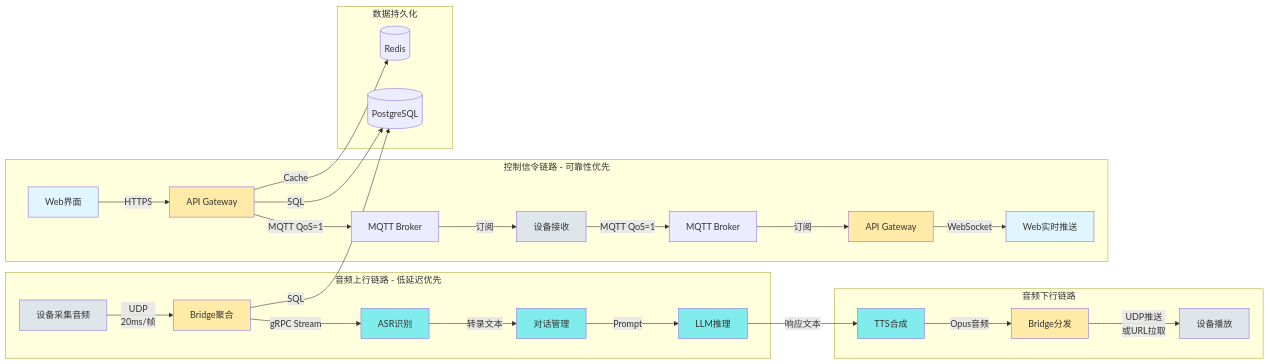
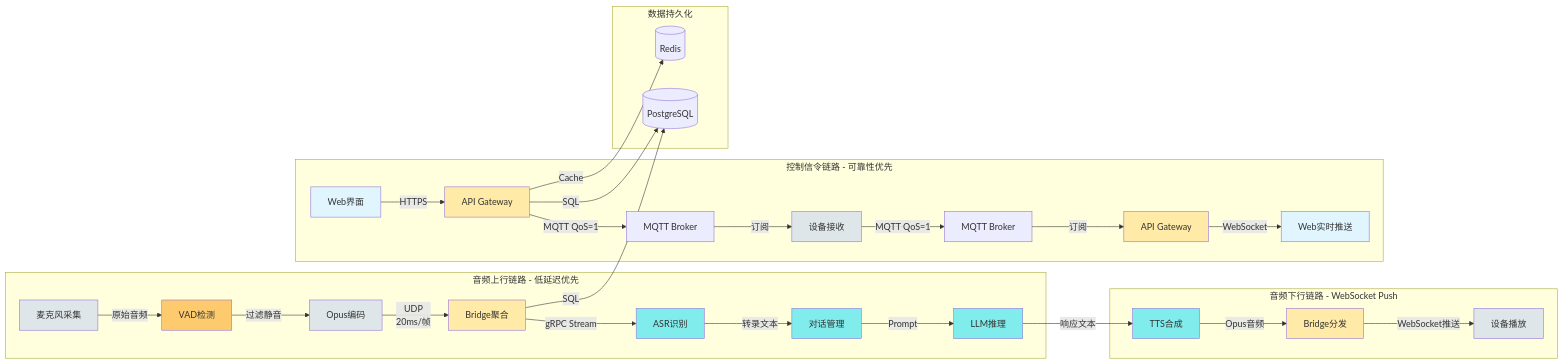
The fourth of 12 diagrams in complete-system-architecture.md (apepkuss/etch), drawn with Mermaid before and after one commit. The commit also changed other lines of this file, not shown here.

Commit message:
chore: update system architecture

````diff
--- a/complete-system-architecture.md
+++ b/complete-system-architecture.md
@@ -502,44 +494,48 @@
 ```mermaid
 flowchart LR
     subgraph "音频上行链路 - 低延迟优先"
-        DEV1[设备采集音频] -->|UDP<br/>20ms/帧| BR1[Bridge聚合]
+        DEV1[麦克风采集] -->|原始音频| VAD1[VAD检测]
+        VAD1 -->|过滤静音| ENC1[Opus编码]
+        ENC1 -->|UDP<br/>20ms/帧| BR1[Bridge聚合]
         BR1 -->|gRPC Stream| ASR1[ASR识别]
         ASR1 -->|转录文本| DM1[对话管理]
         DM1 -->|Prompt| LLM1[LLM推理]
     end
 
-    subgraph "音频下行链路"
+    subgraph "音频下行链路 - WebSocket Push"
         LLM1 -->|响应文本| TTS1[TTS合成]
         TTS1 -->|Opus音频| BR2[Bridge分发]
-        BR2 -->|UDP推送<br/>或URL拉取| DEV2[设备播放]
+        BR2 -->|WebSocket推送| DEV2[设备播放]
     end
 
     subgraph "控制信令链路 - 可靠性优先"
         WEB1[Web界面] -->|HTTPS| GW1[API Gateway]
         GW1 -->|MQTT QoS=1| MQ1[MQTT Broker]
         MQ1 -->|订阅| DEV3[设备接收]
         DEV3 -->|MQTT QoS=1| MQ2[MQTT Broker]
         MQ2 -->|订阅| GW2[API Gateway]
         GW2 -->|WebSocket| WEB2[Web实时推送]
     end
 
     subgraph "数据持久化"
         GW1 -->|SQL| DB1[(PostgreSQL)]
         BR1 -->|SQL| DB1
         GW1 -->|Cache| RD1[(Redis)]
     end
 
     style DEV1 fill:#dfe6e9
+    style VAD1 fill:#fdcb6e
+    style ENC1 fill:#dfe6e9
     style DEV2 fill:#dfe6e9
     style DEV3 fill:#dfe6e9
     style BR1 fill:#ffeaa7
     style BR2 fill:#ffeaa7
     style GW1 fill:#ffeaa7
     style GW2 fill:#ffeaa7
     style ASR1 fill:#81ecec
     style DM1 fill:#81ecec
     style LLM1 fill:#81ecec
     style TTS1 fill:#81ecec
     style WEB1 fill:#e1f5ff
     style WEB2 fill:#e1f5ff
 ```
````
